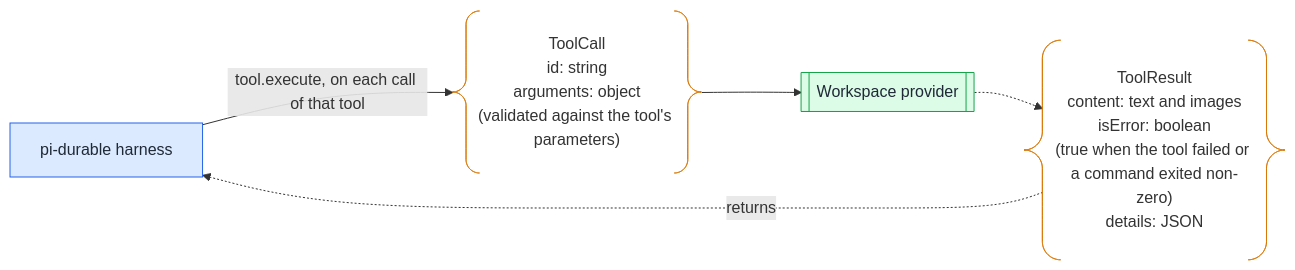
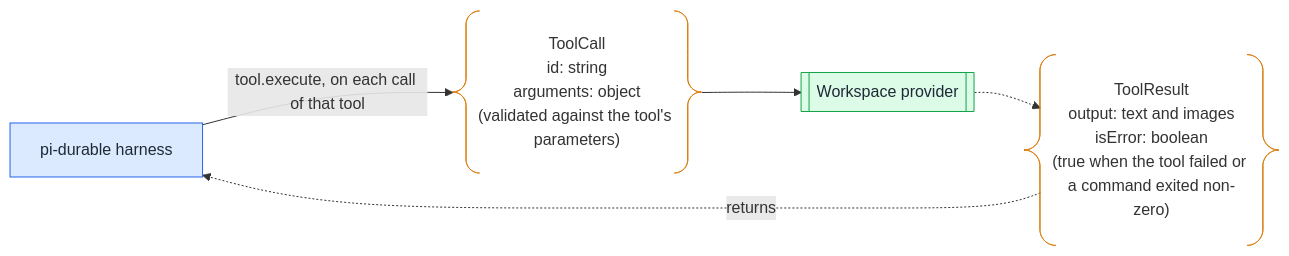
Before and after one commit to asermax/tentacles: the third of 9 diagrams in docs/technical-design/workspace.md, drawn with Mermaid. The commit also changed other lines of this file and 8 other files, not shown here.

````diff
--- a/docs/technical-design/workspace.md
+++ b/docs/technical-design/workspace.md
@@ -68,20 +69,19 @@
 ```mermaid
 flowchart LR
   core@{ shape: rect, label: "pi-durable harness" } -->|"tool.execute, on each call of that tool"| tcall@{ shape: braces, label: "ToolCall
   id: string
   arguments: object
   (validated against the tool's parameters)" }
   tcall --> ws@{ shape: subproc, label: "Workspace provider" }
   ws -.-> res@{ shape: braces, label: "ToolResult
-  content: text and images
+  output: text and images
   isError: boolean
-  (true when the tool failed or a command exited non-zero)
-  details: JSON" }
+  (true when the tool failed or a command exited non-zero)" }
   res -.->|"returns"| core
   classDef worker fill:#dbeafe,stroke:#2563eb,color:#1f2937
   classDef flow fill:#dcfce7,stroke:#16a34a,color:#1f2937
   classDef payload stroke:#d97706
   class core worker
   class ws flow
   class tcall,res payload
 ```
````
